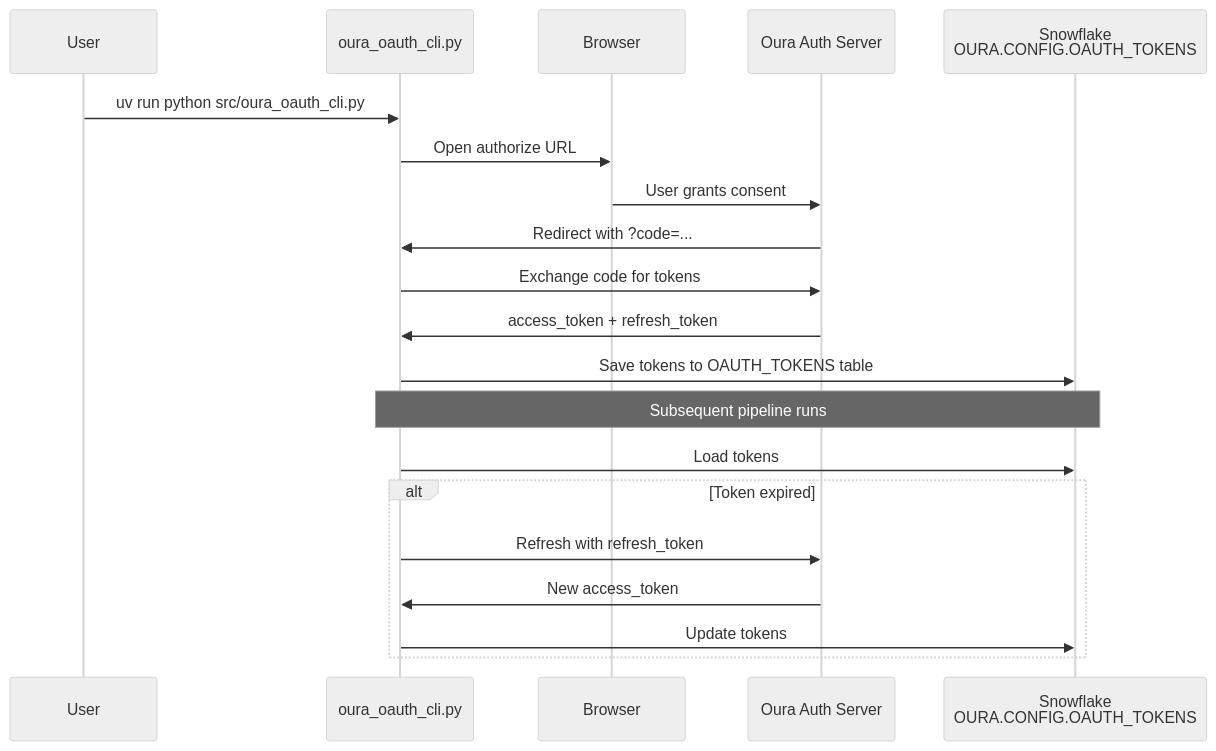
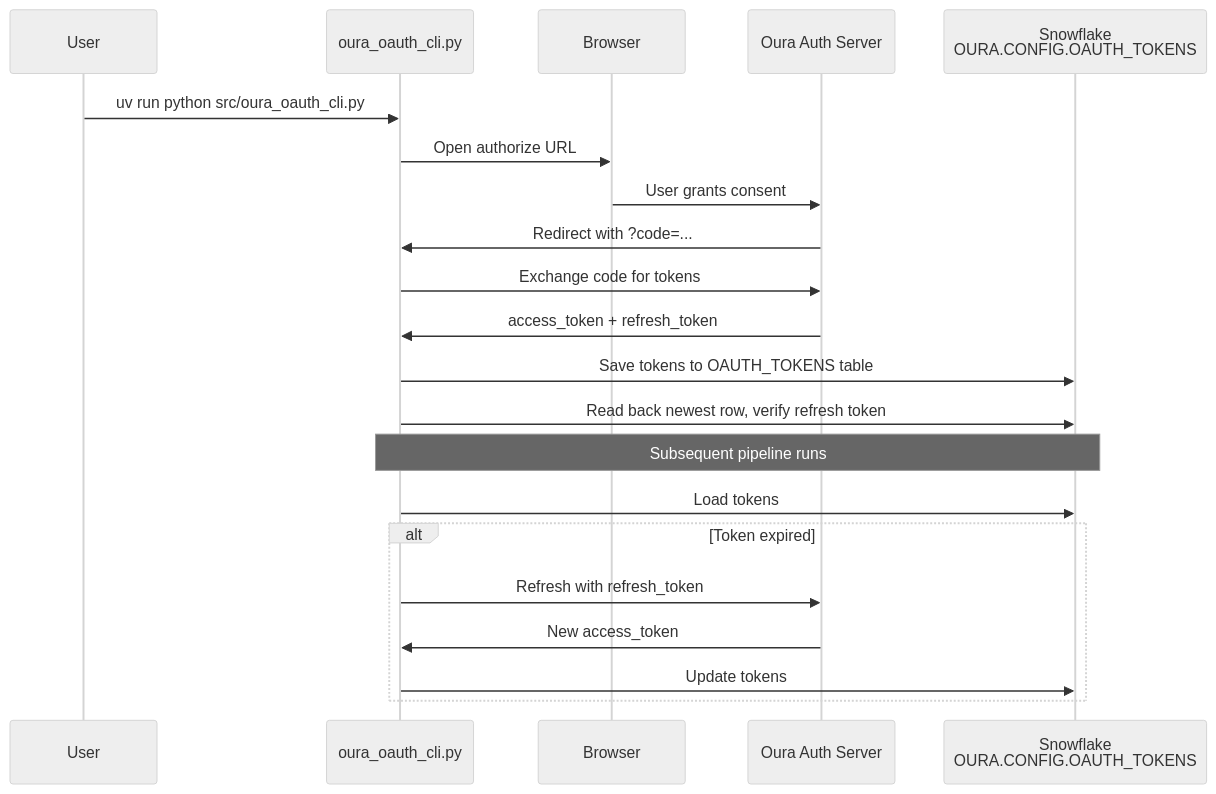
Before and after one commit to cdcoonce/Oura-Pipeline: the fourth of 4 diagrams in README.md, drawn with Mermaid (neutral theme). The commit also changed other lines of this file and 1 other file, not shown here.

Commit message:
docs: describe Snowflake-backed OAuth re-authorization flow

````diff
--- a/README.md
+++ b/README.md
@@ -163,24 +163,25 @@
 ```mermaid
 sequenceDiagram
     participant User
     participant CLI as oura_oauth_cli.py
     participant Browser
     participant Oura as Oura Auth Server
     participant SF as Snowflake<br/>OURA.CONFIG.OAUTH_TOKENS
 
     User->>CLI: uv run python src/oura_oauth_cli.py
     CLI->>Browser: Open authorize URL
     Browser->>Oura: User grants consent
     Oura->>CLI: Redirect with ?code=...
     CLI->>Oura: Exchange code for tokens
     Oura->>CLI: access_token + refresh_token
     CLI->>SF: Save tokens to OAUTH_TOKENS table
+    CLI->>SF: Read back newest row, verify refresh token
 
     Note over CLI,SF: Subsequent pipeline runs
     CLI->>SF: Load tokens
     alt Token expired
         CLI->>Oura: Refresh with refresh_token
         Oura->>CLI: New access_token
         CLI->>SF: Update tokens
     end
 ```
````
